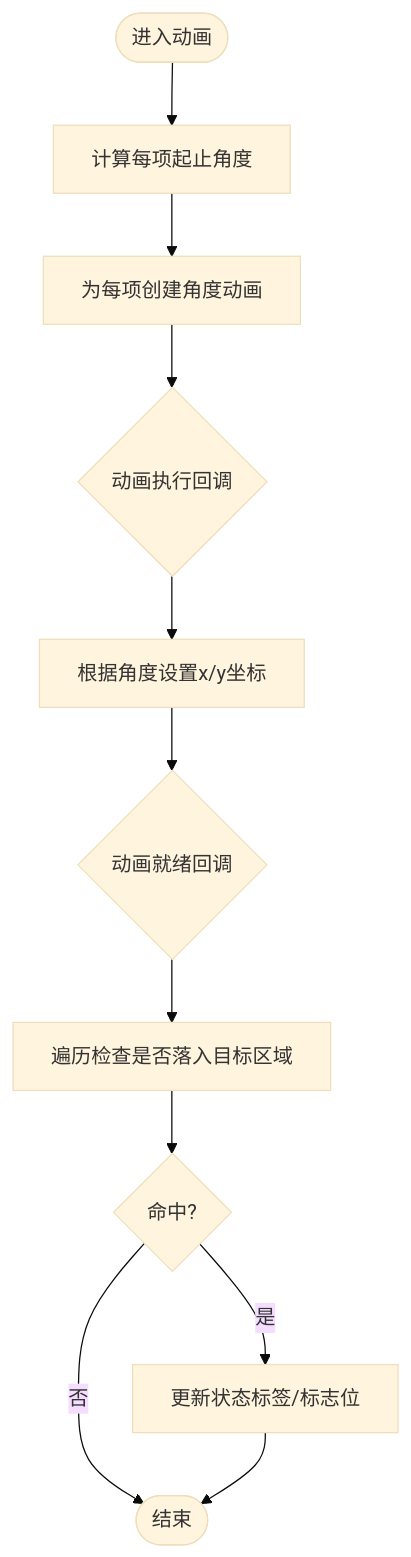
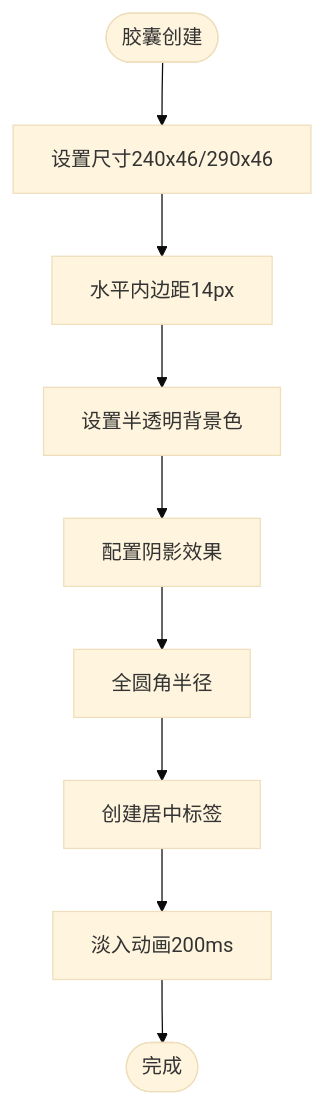
Before and after one commit to hennychen/PathFinder_LCD: the third of 5 diagrams in .qoder/repowiki/zh/content/用户界面设计/用户界面设计.md, drawn with Mermaid (base theme). The commit also changed other lines of this file and 5 other files, not shown here.

````diff
--- a/.qoder/repowiki/zh/content/用户界面设计/用户界面设计.md
+++ b/.qoder/repowiki/zh/content/用户界面设计/用户界面设计.md
@@ -153,13 +155,11 @@
 ```mermaid
 flowchart TD
-Start(["进入动画"]) --> CalcAngle["计算每项起止角度"]
-CalcAngle --> CreateAnim["为每项创建角度动画"]
-CreateAnim --> ExecCB{"动画执行回调"}
-ExecCB --> SetPos["根据角度设置x/y坐标"]
-SetPos --> ReadyCB{"动画就绪回调"}
-ReadyCB --> CheckTarget["遍历检查是否落入目标区域"]
-CheckTarget --> Hit{"命中?"}
-Hit --> |是| UpdateState["更新状态标签/标志位"]
-Hit --> |否| End(["结束"])
-UpdateState --> End
+Start(["胶囊创建"]) --> Size["设置尺寸240x46/290x46"]
+Size --> Padding["水平内边距14px"]
+Padding --> Style["设置半透明背景色"]
+Style --> Shadow["配置阴影效果"]
+Shadow --> Radius["全圆角半径"]
+Radius --> Label["创建居中标签"]
+Label --> Animate["淡入动画200ms"]
+Animate --> End(["完成"])
 ```
````
